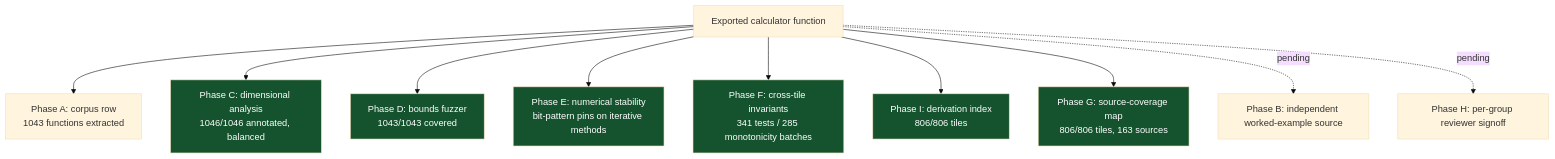
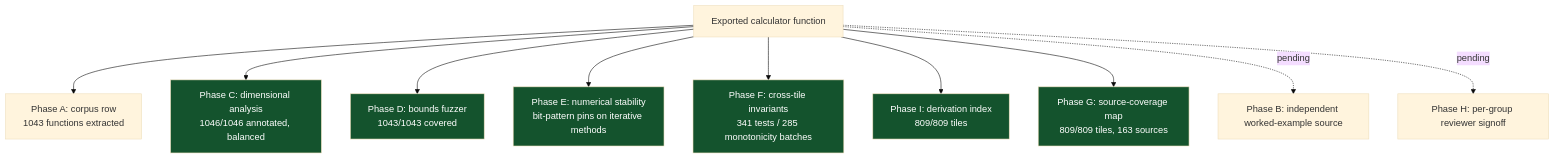
The sixth of 8 diagrams in README.md (clay-good/roughlogic.com), drawn with Mermaid (base theme) before and after one commit. The commit also changed other lines of this file and 20 other files, not shown here.

````diff
--- a/README.md
+++ b/README.md
@@ -519,18 +519,18 @@
 ```mermaid
 flowchart TB
     F[Exported calculator function] --> A[Phase A: corpus row\n1043 functions extracted]
     F --> C[Phase C: dimensional analysis\n1046/1046 annotated, balanced]
     F --> D[Phase D: bounds fuzzer\n1043/1043 covered]
     F --> E[Phase E: numerical stability\nbit-pattern pins on iterative methods]
     F --> Fa[Phase F: cross-tile invariants\n341 tests / 285 monotonicity batches]
-    F --> I[Phase I: derivation index\n806/806 tiles]
-    F --> G[Phase G: source-coverage map\n806/806 tiles, 163 sources]
+    F --> I[Phase I: derivation index\n809/809 tiles]
+    F --> G[Phase G: source-coverage map\n809/809 tiles, 163 sources]
     F -.pending.-> B[Phase B: independent worked-example source]
     F -.pending.-> H[Phase H: per-group reviewer signoff]
     style C fill:#14532d,color:#fff
     style D fill:#14532d,color:#fff
     style E fill:#14532d,color:#fff
     style Fa fill:#14532d,color:#fff
     style G fill:#14532d,color:#fff
     style I fill:#14532d,color:#fff
 ```
````
